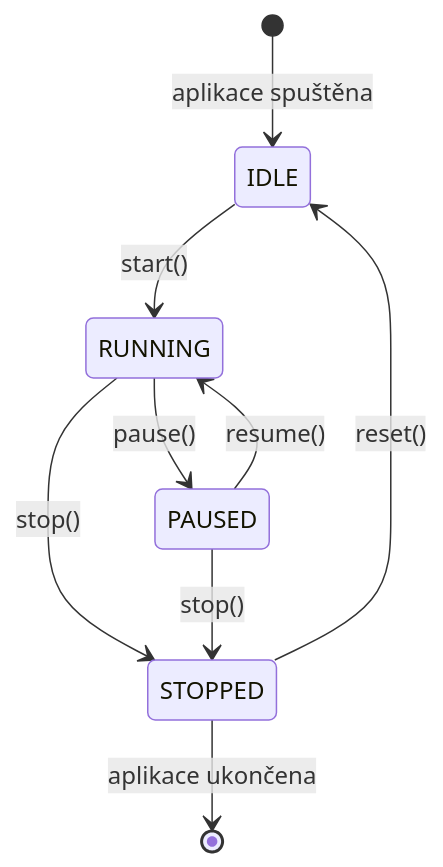
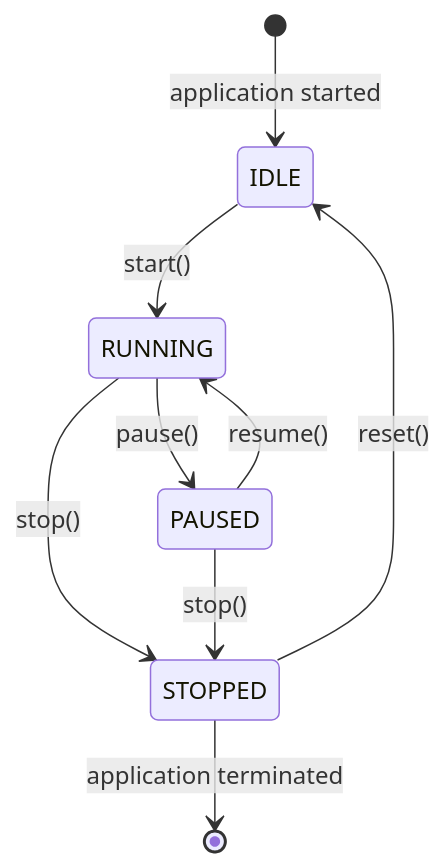
One commit to alzbeta-rouskova/cloud-autoscaling-simulator changed the diagram in docs/state_diagram.md. Above: the diagram before and after it, drawn with Mermaid. The commit also changed 2 other files, not shown here.

Commit message:
update docs language consistency

````diff
--- a/docs/state_diagram.md
+++ b/docs/state_diagram.md
@@ -1,15 +1,15 @@
 ```mermaid
 stateDiagram-v2
-    [*] --> IDLE : aplikace spuštěna
+    [*] --> IDLE : application started
 
     IDLE --> RUNNING : start()
 
     RUNNING --> PAUSED : pause()
     RUNNING --> STOPPED : stop()
 
     PAUSED --> RUNNING : resume()
     PAUSED --> STOPPED : stop()
 
     STOPPED --> IDLE : reset()
-    STOPPED --> [*] : aplikace ukončena
+    STOPPED --> [*] : application terminated
 ```
````
